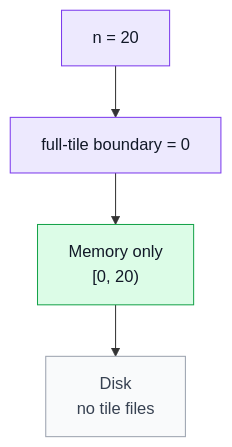
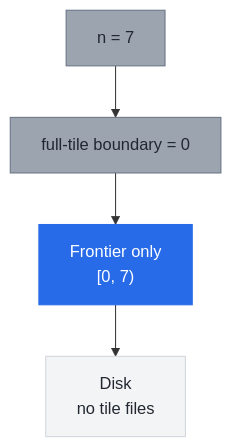
The sixth of 20 diagrams in doc/tiles-illustrated.rst (microsoft/merklecpp), drawn with Mermaid before and after one commit. The commit also changed other lines of this file, not shown here.

```diff
--- a/doc/tiles-illustrated.rst
+++ b/doc/tiles-illustrated.rst
@@ -244,15 +242,15 @@
 .. mermaid::
 
    flowchart TB
-     N["n = 20"]:::computed
+     N["n = 7"]:::computed
      C["full-tile boundary = 0"]:::computed
-     M["Memory only<br/>[0, 20)"]:::memory
+     M["Frontier only<br/>[0, 7)"]:::memory
      D["Disk<br/>no tile files"]:::empty
 
      N --> C
      C --> M
      M --> D
 
-     classDef memory fill:#dcfce7,stroke:#16a34a,color:#111827
-     classDef computed fill:#ede9fe,stroke:#7c3aed,color:#111827
-     classDef empty fill:#f9fafb,stroke:#9ca3af,color:#374151
+     classDef memory fill:#276be9,stroke:#276be9,color:#ffffff
+     classDef computed fill:#9ca4af,stroke:#677384,color:#222832
+     classDef empty fill:#f3f4f5,stroke:#d1d5da,color:#222832
```
